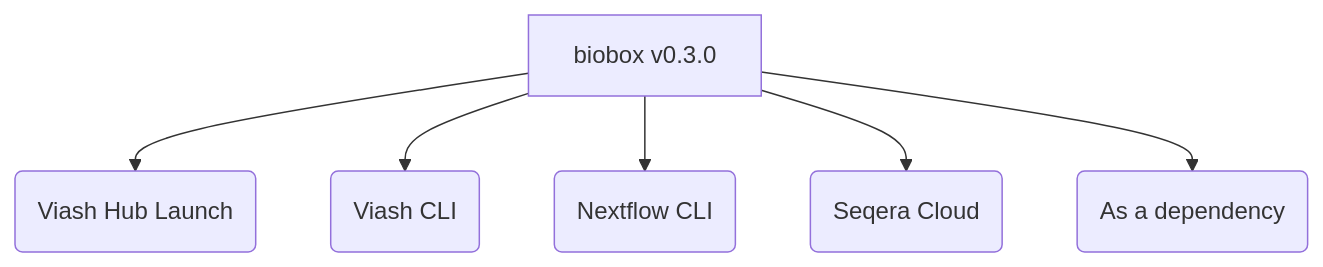
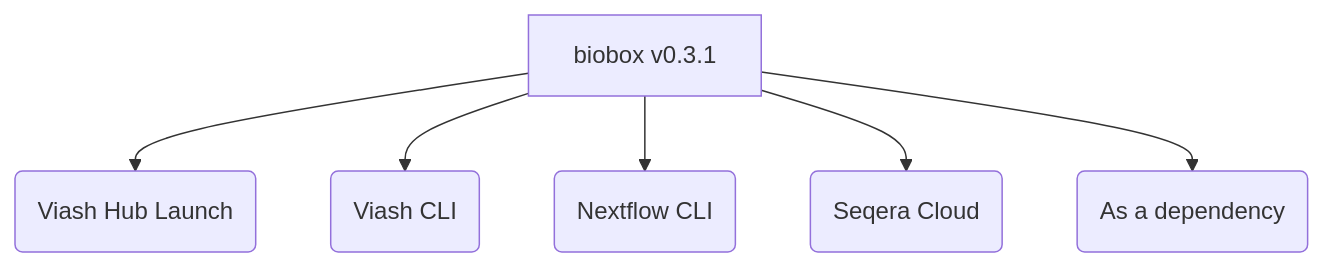
Before and after one commit to viash-hub/biobox: the diagram in README.md, drawn with Mermaid. The commit also changed other lines of this file and 3 other files, not shown here.

````diff
--- a/README.md
+++ b/README.md
@@ -41,8 +41,8 @@
 ``` mermaid lang="mermaid"
 flowchart TD
-    A[biobox v0.3.0] --> B(Viash Hub Launch)
+    A[biobox v0.3.1] --> B(Viash Hub Launch)
     A --> C(Viash CLI)
     A --> D(Nextflow CLI)
     A --> E(Seqera Cloud)
     A --> F(As a dependency)
 ```
````
